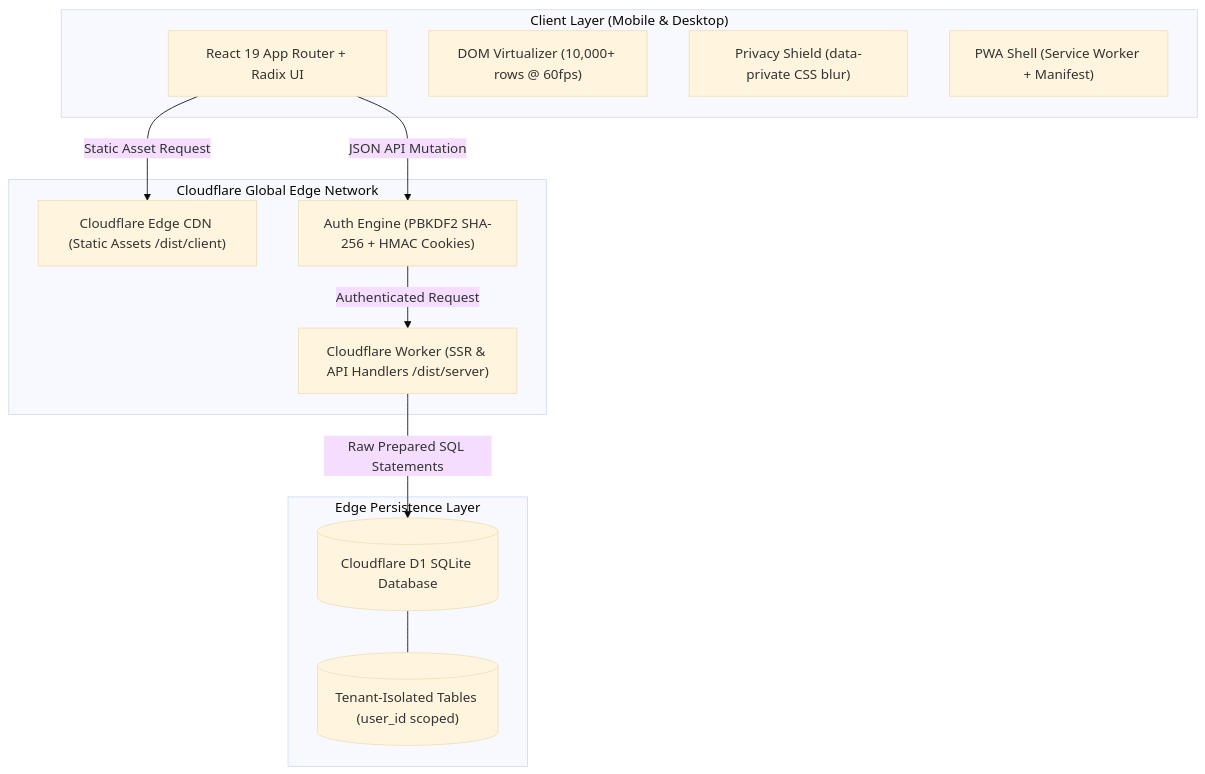
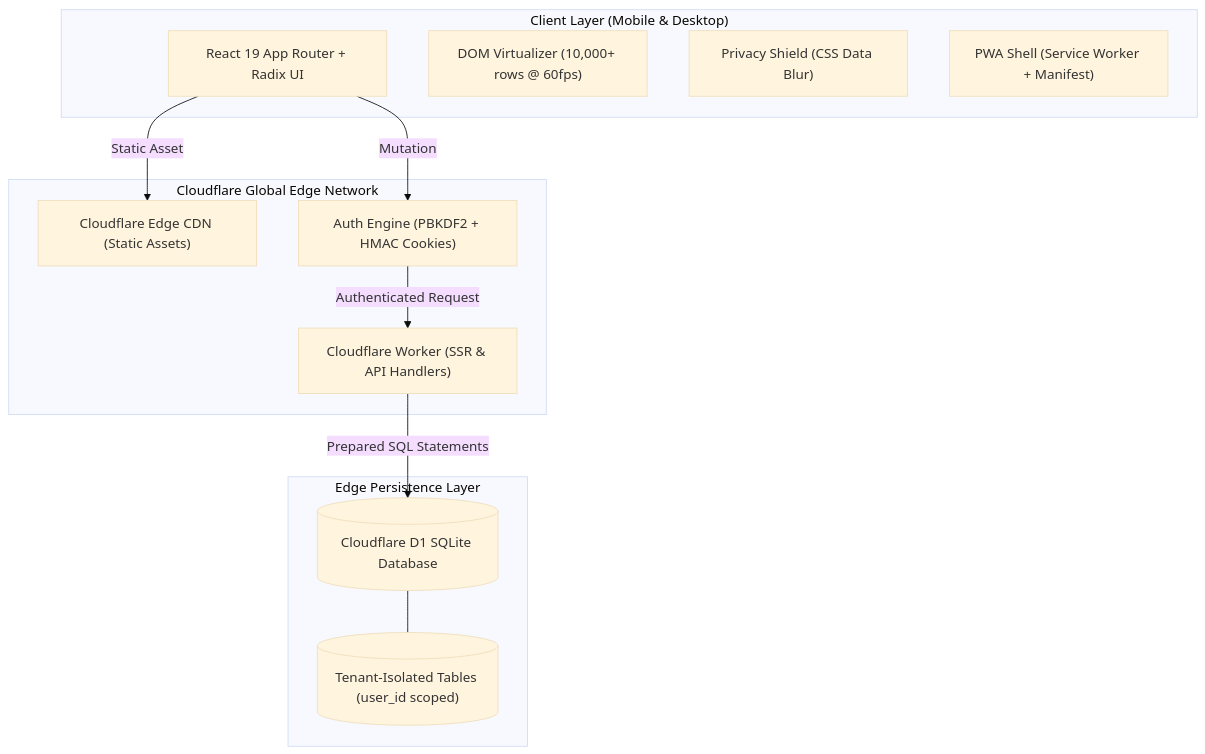
The diagram in README.md (akazad13/pocket), drawn with Mermaid (base theme) before and after one commit. The commit also changed other lines of this file, not shown here.

````diff
--- a/README.md
+++ b/README.md
@@ -35,26 +44,26 @@
 ```mermaid
 flowchart TD
-    subgraph Client ["Client Layer (Mobile & Desktop)"]
+    subgraph Client["Client Layer (Mobile & Desktop)"]
         UI["React 19 App Router + Radix UI"]
         VirtualList["DOM Virtualizer (10,000+ rows @ 60fps)"]
-        PrivacyShield["Privacy Shield (data-private CSS blur)"]
+        PrivacyShield["Privacy Shield (CSS Data Blur)"]
         PWA["PWA Shell (Service Worker + Manifest)"]
     end
 
-    subgraph Edge ["Cloudflare Global Edge Network"]
-        CDN["Cloudflare Edge CDN (Static Assets /dist/client)"]
-        Worker["Cloudflare Worker (SSR & API Handlers /dist/server)"]
-        AuthGate["Auth Engine (PBKDF2 SHA-256 + HMAC Cookies)"]
+    subgraph Edge["Cloudflare Global Edge Network"]
+        CDN["Cloudflare Edge CDN (Static Assets)"]
+        Worker["Cloudflare Worker (SSR & API Handlers)"]
+        AuthGate["Auth Engine (PBKDF2 + HMAC Cookies)"]
     end
 
-    subgraph Storage ["Edge Persistence Layer"]
+    subgraph Storage["Edge Persistence Layer"]
         D1[("Cloudflare D1 SQLite Database")]
         Tenants[("Tenant-Isolated Tables (user_id scoped)")]
     end
 
-    UI -->|JSON API Mutation| AuthGate
-    UI -->|Static Asset Request| CDN
+    UI -->|Mutation| AuthGate
+    UI -->|Static Asset| CDN
     AuthGate -->|Authenticated Request| Worker
-    Worker -->|Raw Prepared SQL Statements| D1
+    Worker -->|Prepared SQL Statements| D1
     D1 --- Tenants
 ```
````
